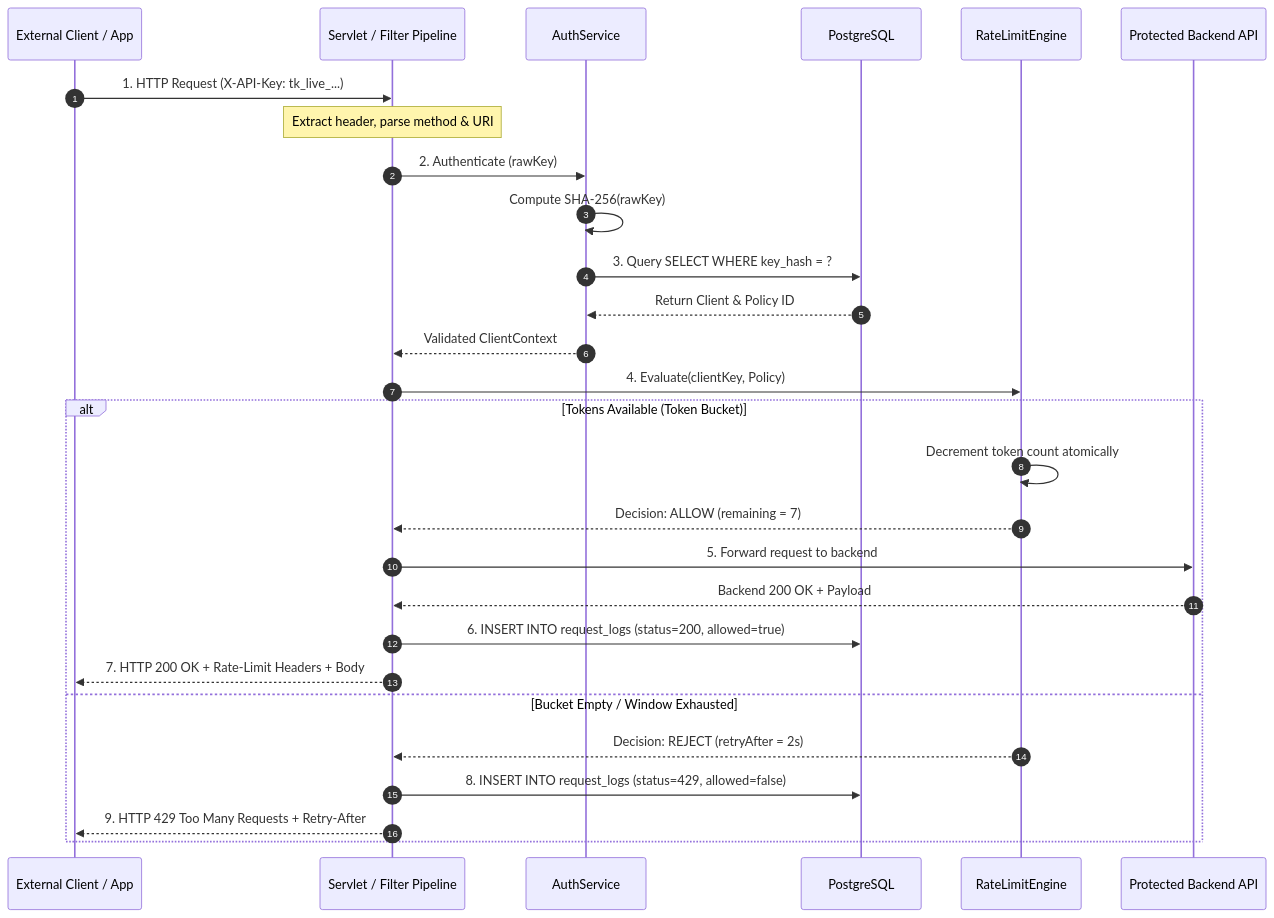
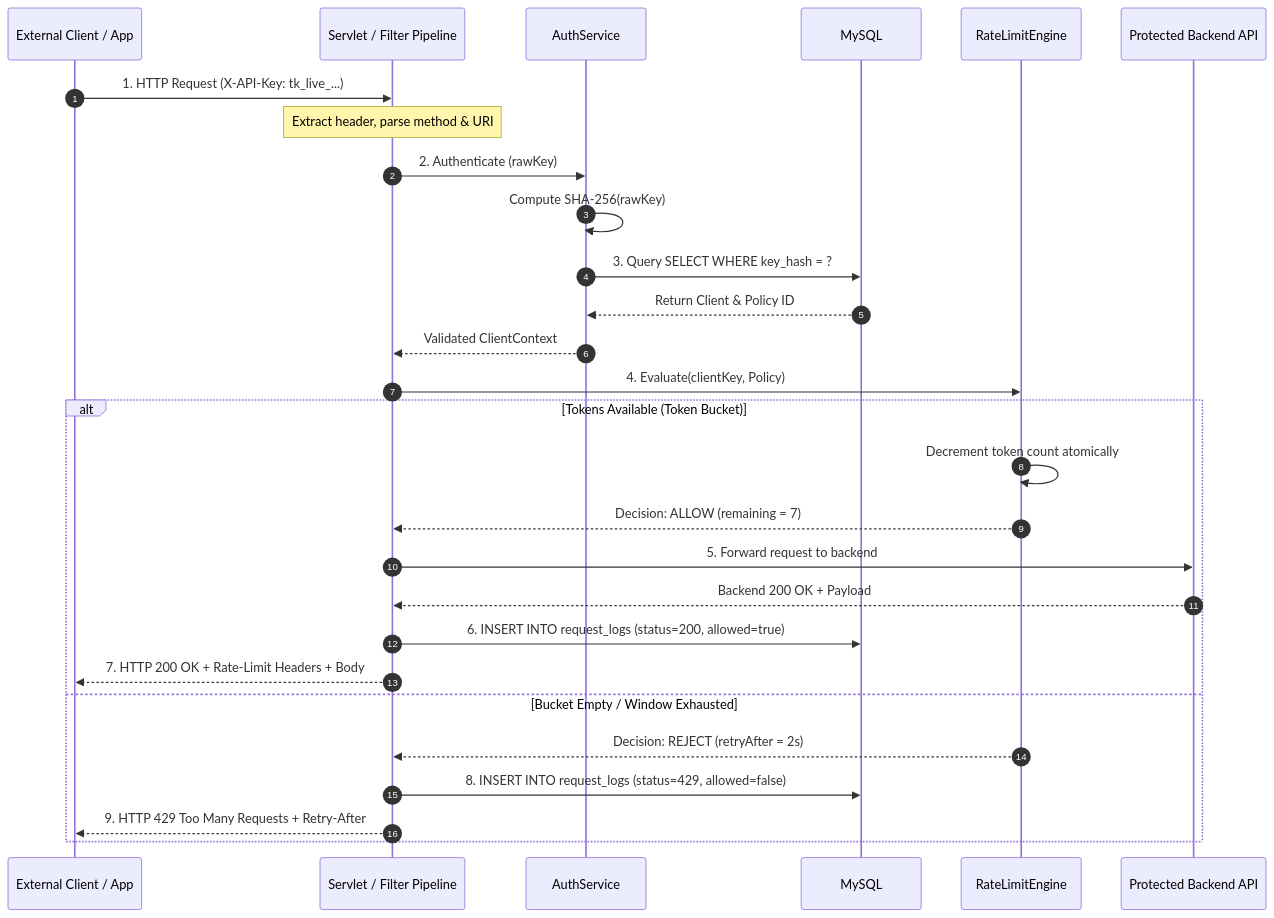
Before and after one commit to PrachiBhardwaj808/Throttlix: the first of 2 diagrams in docs/03-system-design/DATA_FLOW.md, drawn with Mermaid. The commit also changed other lines of this file and 4 other files, not shown here.

````diff
--- a/docs/03-system-design/DATA_FLOW.md
+++ b/docs/03-system-design/DATA_FLOW.md
@@ -10,32 +10,32 @@
 ```mermaid
 sequenceDiagram
     autonumber
     participant C as External Client / App
     participant S as Servlet / Filter Pipeline
     participant A as AuthService
-    participant D as PostgreSQL
+    participant D as MySQL
     participant R as RateLimitEngine
     participant B as Protected Backend API
 
     C->>S: 1. HTTP Request (X-API-Key: tk_live_...)
     Note over S: Extract header, parse method & URI
     S->>A: 2. Authenticate (rawKey)
     A->>A: Compute SHA-256(rawKey)
     A->>D: 3. Query SELECT WHERE key_hash = ?
     D-->>A: Return Client & Policy ID
     A-->>S: Validated ClientContext
     
     S->>R: 4. Evaluate(clientKey, Policy)
     alt Tokens Available (Token Bucket)
         R->>R: Decrement token count atomically
         R-->>S: Decision: ALLOW (remaining = 7)
         S->>B: 5. Forward request to backend
         B-->>S: Backend 200 OK + Payload
         S->>D: 6. INSERT INTO request_logs (status=200, allowed=true)
         S-->>C: 7. HTTP 200 OK + Rate-Limit Headers + Body
     else Bucket Empty / Window Exhausted
         R-->>S: Decision: REJECT (retryAfter = 2s)
         S->>D: 8. INSERT INTO request_logs (status=429, allowed=false)
         S-->>C: 9. HTTP 429 Too Many Requests + Retry-After
     end
 ```
````
